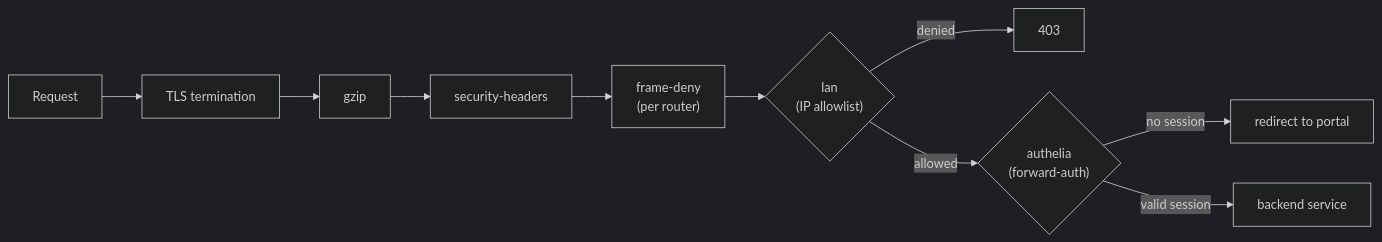
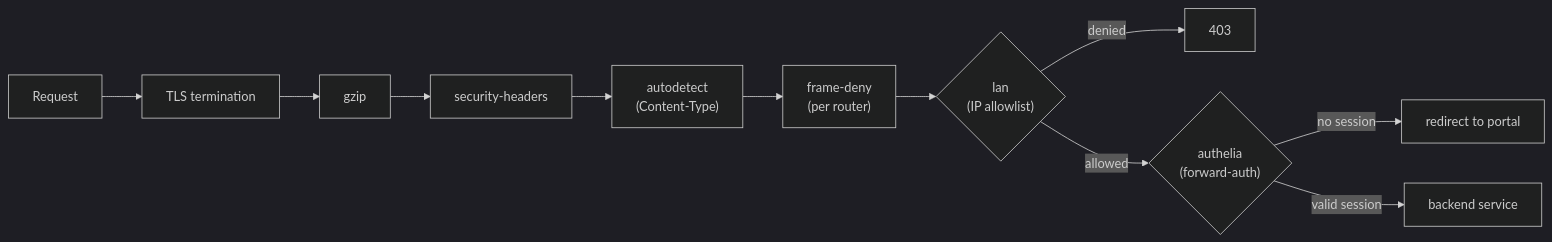
One commit to florianajir/pi-web changed the second of 2 diagrams in docs/SECURITY.md. Above: the diagram before and after it, drawn with Mermaid (dark theme). The commit also changed other lines of this file and 2 other files, not shown here.

First line of the commit message:
fix(traefik): restore Content-Type auto-detection so a 403 renders (#294)

````diff
--- a/docs/SECURITY.md
+++ b/docs/SECURITY.md
@@ -114,12 +114,13 @@
 ```mermaid
 flowchart LR
     R[Request] --> TLS["TLS termination"]
     TLS --> Compress["gzip"]
     Compress --> Headers["security-headers"]
-    Headers --> Frame["frame-deny\n(per router)"]
+    Headers --> Autodetect["autodetect\n(Content-Type)"]
+    Autodetect --> Frame["frame-deny\n(per router)"]
     Frame --> LAN{"lan\n(IP allowlist)"}
     LAN -->|denied| Block[403]
     LAN -->|allowed| Auth{"authelia\n(forward-auth)"}
     Auth -->|no session| Login["redirect to portal"]
     Auth -->|valid session| Backend["backend service"]
 ```
````
